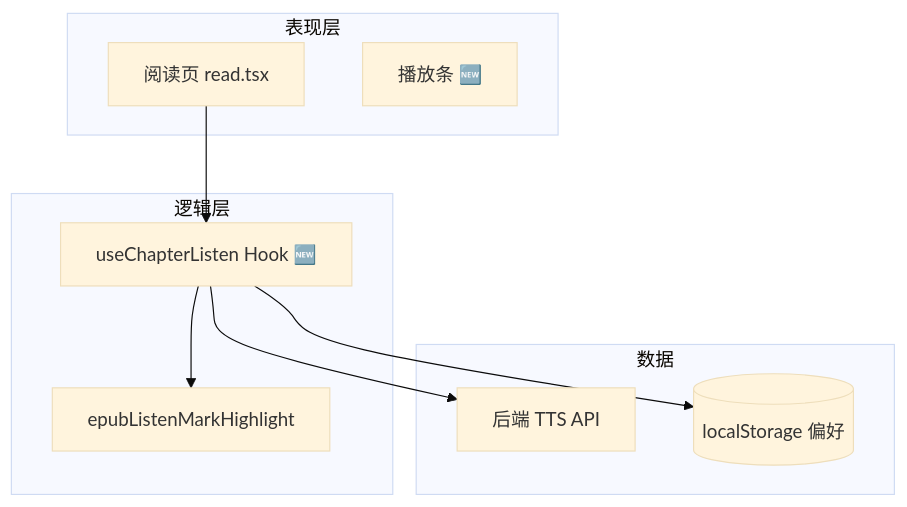
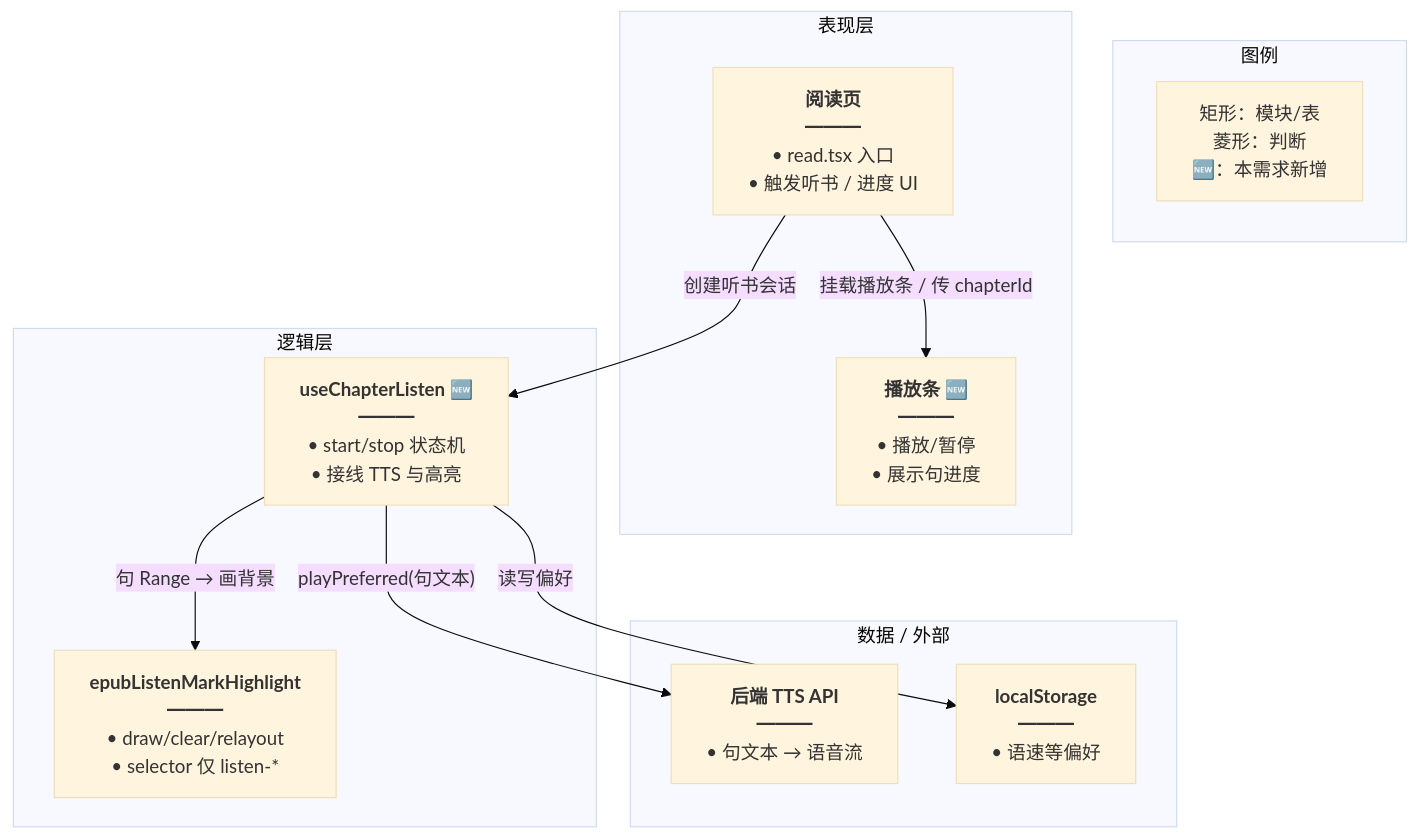
Before and after one commit to dnhyxc/dnhyxc-ai: the first of 5 diagrams in .cursor/skills/feature-implementation-idea/references/diagram-guide.md, drawn with Mermaid (base theme). The commit also changed other lines of this file and 153 other files, not shown here.

````diff
--- a/.cursor/skills/feature-implementation-idea/references/diagram-guide.md
+++ b/.cursor/skills/feature-implementation-idea/references/diagram-guide.md
@@ -75,19 +139,23 @@
 ```mermaid
 flowchart TB
-  subgraph UI [表现层]
-    Page[阅读页 read.tsx]
-    Bar[播放条 🆕]
+  subgraph Legend["图例"]
+    L1["矩形：模块/表<br/>菱形：判断<br/>🆕：本需求新增"]
   end
-  subgraph Logic [逻辑层]
-    Hook[useChapterListen Hook 🆕]
-    Util[epubListenMarkHighlight]
+  subgraph UI["表现层"]
+    Page["<b>阅读页</b><br/>━━━<br/>• read.tsx 入口<br/>• 触发听书 / 进度 UI"]
+    Bar["<b>播放条 🆕</b><br/>━━━<br/>• 播放/暂停<br/>• 展示句进度"]
   end
-  subgraph Data [数据]
-    API[后端 TTS API]
-    LS[(localStorage 偏好)]
+  subgraph Logic["逻辑层"]
+    Hook["<b>useChapterListen 🆕</b><br/>━━━<br/>• start/stop 状态机<br/>• 接线 TTS 与高亮"]
+    Util["<b>epubListenMarkHighlight</b><br/>━━━<br/>• draw/clear/relayout<br/>• selector 仅 listen-*"]
   end
-  Page --> Hook
-  Hook --> Util
-  Hook --> API
-  Hook --> LS
+  subgraph Data["数据 / 外部"]
+    API["<b>后端 TTS API</b><br/>━━━<br/>• 句文本 → 语音流"]
+    LS["<b>localStorage</b><br/>━━━<br/>• 语速等偏好"]
+  end
+  Page -- "挂载播放条 / 传 chapterId" --> Bar
+  Page -- "创建听书会话" --> Hook
+  Hook -- "句 Range → 画背景" --> Util
+  Hook -- "playPreferred(句文本)" --> API
+  Hook -- "读写偏好" --> LS
 ```
````
